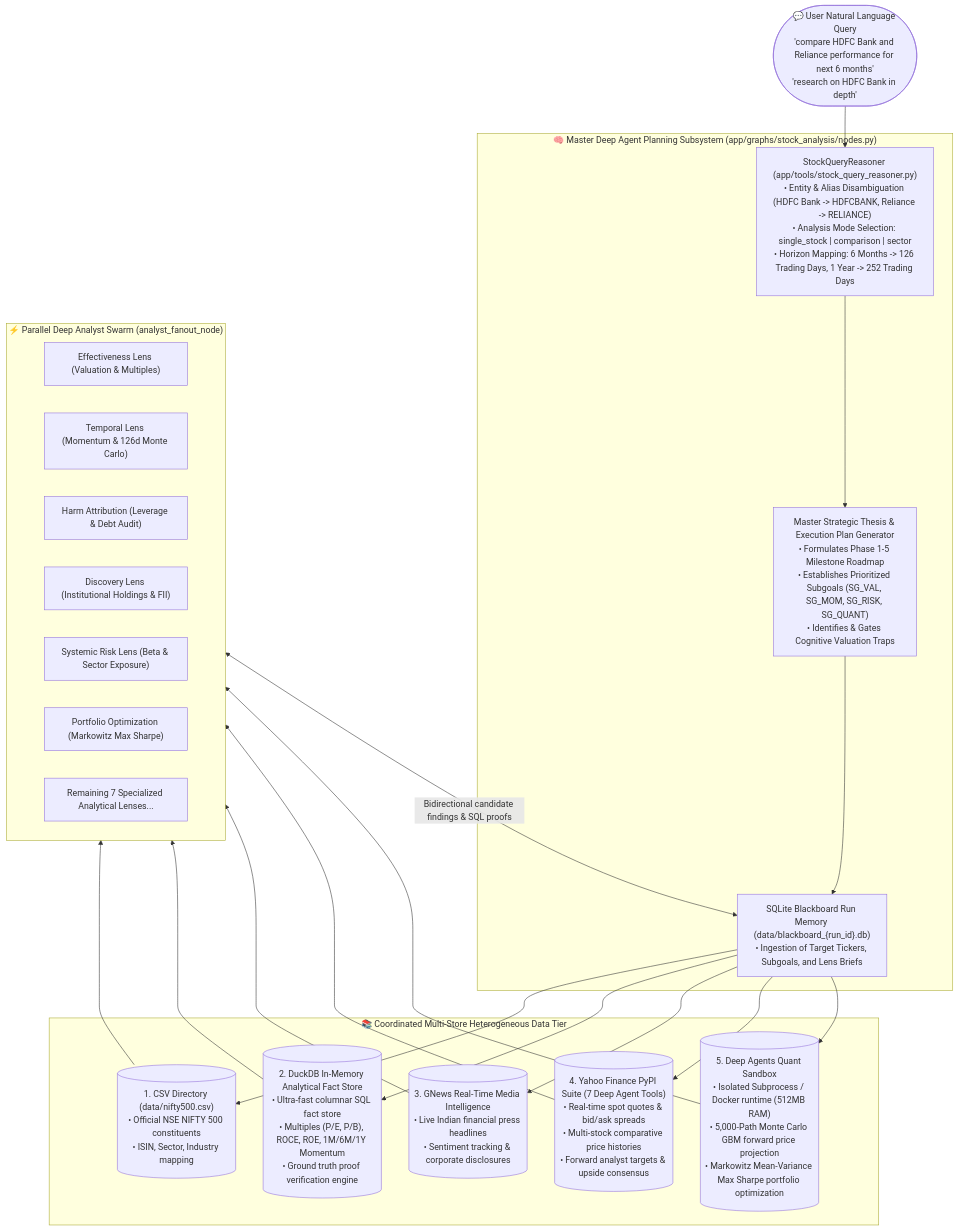
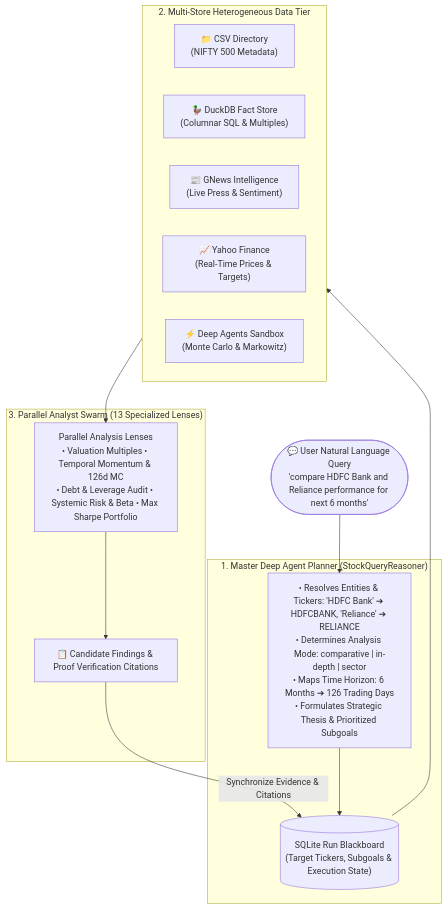
Diagram 12 of 14 in README.md (ambideXtrous9/Langchain-Langgraph-Notebooks), drawn with Mermaid before and after one commit. The commit also changed other lines of this file, not shown here.

Commit message:
docs(readme): simplify Master Deep Agent Query Planning and Multi-Store Ingestion architecture

````diff
--- a/README.md
+++ b/README.md
@@ -700,45 +700,29 @@
 ```mermaid
 flowchart TD
-    UserQuery(["💬 User Natural Language Query\n'compare HDFC Bank and Reliance performance for next 6 months'\n'research on HDFC Bank in depth'"])
-    
-    subgraph DeepPlanner ["🧠 Master Deep Agent Planning Subsystem (app/graphs/stock_analysis/nodes.py)"]
-        Reasoner["StockQueryReasoner (app/tools/stock_query_reasoner.py)\n• Entity & Alias Disambiguation (HDFC Bank -> HDFCBANK, Reliance -> RELIANCE)\n• Analysis Mode Selection: single_stock | comparison | sector\n• Horizon Mapping: 6 Months -> 126 Trading Days, 1 Year -> 252 Trading Days"]
-        ThesisGen["Master Strategic Thesis & Execution Plan Generator\n• Formulates Phase 1-5 Milestone Roadmap\n• Establishes Prioritized Subgoals (SG_VAL, SG_MOM, SG_RISK, SG_QUANT)\n• Identifies & Gates Cognitive Valuation Traps"]
-        BlackboardInit["SQLite Blackboard Run Memory (data/blackboard_{run_id}.db)\n• Ingestion of Target Tickers, Subgoals, and Lens Briefs"]
+    UserQuery(["💬 User Natural Language Query\n'compare HDFC Bank and Reliance performance for next 6 months'"])
+
+    subgraph Planner ["1. Master Deep Agent Planner (StockQueryReasoner)"]
+        Decomp["• Resolves Entities & Tickers: 'HDFC Bank' ➔ HDFCBANK, 'Reliance' ➔ RELIANCE\n• Determines Analysis Mode: comparative | in-depth | sector\n• Maps Time Horizon: 6 Months ➔ 126 Trading Days\n• Formulates Strategic Thesis & Prioritized Subgoals"]
+        Blackboard[("SQLite Run Blackboard\n(Target Tickers, Subgoals & Execution State)")]
+        Decomp --> Blackboard
     end
 
-    UserQuery --> Reasoner
-    Reasoner --> ThesisGen
-    ThesisGen --> BlackboardInit
-
-    subgraph MultiStore ["📚 Coordinated Multi-Store Heterogeneous Data Tier"]
-        CSVStore[("1. CSV Directory (data/nifty500.csv)\n• Official NSE NIFTY 500 constituents\n• ISIN, Sector, Industry mapping")]
-        DuckDBStore[("2. DuckDB In-Memory Analytical Fact Store\n• Ultra-fast columnar SQL fact store\n• Multiples (P/E, P/B), ROCE, ROE, 1M/6M/1Y Momentum\n• Ground truth proof verification engine")]
-        GNewsStore[("3. GNews Real-Time Media Intelligence\n• Live Indian financial press headlines\n• Sentiment tracking & corporate disclosures")]
-        YFStore[("4. Yahoo Finance PyPI Suite (7 Deep Agent Tools)\n• Real-time spot quotes & bid/ask spreads\n• Multi-stock comparative price histories\n• Forward analyst targets & upside consensus")]
-        QuantSandboxStore[("5. Deep Agents Quant Sandbox\n• Isolated Subprocess / Docker runtime (512MB RAM)\n• 5,000-Path Monte Carlo GBM forward price projection\n• Markowitz Mean-Variance Max Sharpe portfolio optimization")]
+    subgraph Ingestion ["2. Multi-Store Heterogeneous Data Tier"]
+        CSV["📁 CSV Directory\n(NIFTY 500 Metadata)"]
+        DuckDB["🦆 DuckDB Fact Store\n(Columnar SQL & Multiples)"]
+        GNews["📰 GNews Intelligence\n(Live Press & Sentiment)"]
+        YFinance["📈 Yahoo Finance\n(Real-Time Prices & Targets)"]
+        QuantSandbox["⚡ Deep Agents Sandbox\n(Monte Carlo & Markowitz)"]
     end
 
-    BlackboardInit --> CSVStore
-    BlackboardInit --> DuckDBStore
-    BlackboardInit --> GNewsStore
-    BlackboardInit --> YFStore
-    BlackboardInit --> QuantSandboxStore
-
-    subgraph SwarmLenses ["⚡ Parallel Deep Analyst Swarm (analyst_fanout_node)"]
-        L1["Effectiveness Lens (Valuation & Multiples)"]
-        L2["Temporal Lens (Momentum & 126d Monte Carlo)"]
-        L3["Harm Attribution (Leverage & Debt Audit)"]
-        L4["Discovery Lens (Institutional Holdings & FII)"]
-        L5["Systemic Risk Lens (Beta & Sector Exposure)"]
-        L6["Portfolio Optimization (Markowitz Max Sharpe)"]
-        LRest["Remaining 7 Specialized Analytical Lenses..."]
+    subgraph Swarm ["3. Parallel Analyst Swarm (13 Specialized Lenses)"]
+        Lenses["Parallel Analysis Lenses\n• Valuation Multiples • Temporal Momentum & 126d MC\n• Debt & Leverage Audit • Systemic Risk & Beta • Max Sharpe Portfolio"]
+        Findings["📋 Candidate Findings & Proof Verification Citations"]
+        Lenses --> Findings
     end
 
-    CSVStore --> SwarmLenses
-    DuckDBStore --> SwarmLenses
-    GNewsStore --> SwarmLenses
-    YFStore --> SwarmLenses
-    QuantSandboxStore --> SwarmLenses
-    SwarmLenses <-->|Bidirectional candidate findings & SQL proofs| BlackboardInit
+    UserQuery --> Decomp
+    Blackboard --> Ingestion
+    Ingestion --> Lenses
+    Findings -->|Synchronize Evidence & Citations| Blackboard
 ```
````
